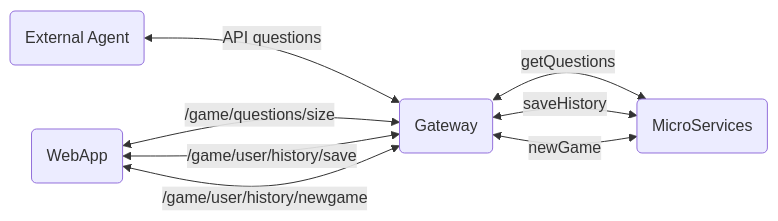
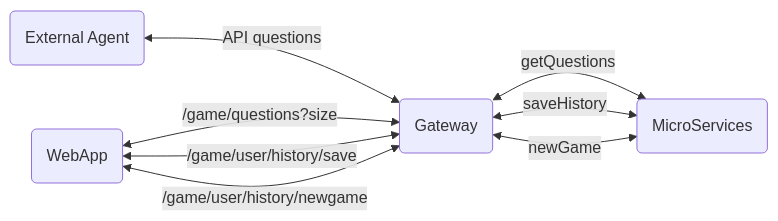
The first of 3 diagrams in docs/src/08_concepts.adoc (Arquisoft/wiq_en3b), drawn with Mermaid before and after one commit. The commit also changed other lines of this file, not shown here.

```diff
--- a/docs/src/08_concepts.adoc
+++ b/docs/src/08_concepts.adoc
@@ -71,15 +65,15 @@
 [mermaid]
 ....
 flowchart LR
     ex("External Agent")
     wa("WebApp")
     g("Gateway")
     m("MicroServices")
     ex<--API questions-->g
-    wa<--"/game/questions/size"-->g
+    wa<--"/game/questions?size"-->g
     wa<--"/game/user/history/save"-->g
     wa<--"/game/user/history/newgame"-->g
     g<--"getQuestions"-->m
     g<--"saveHistory"-->m
     g<--"newGame"-->m
 ....
```
